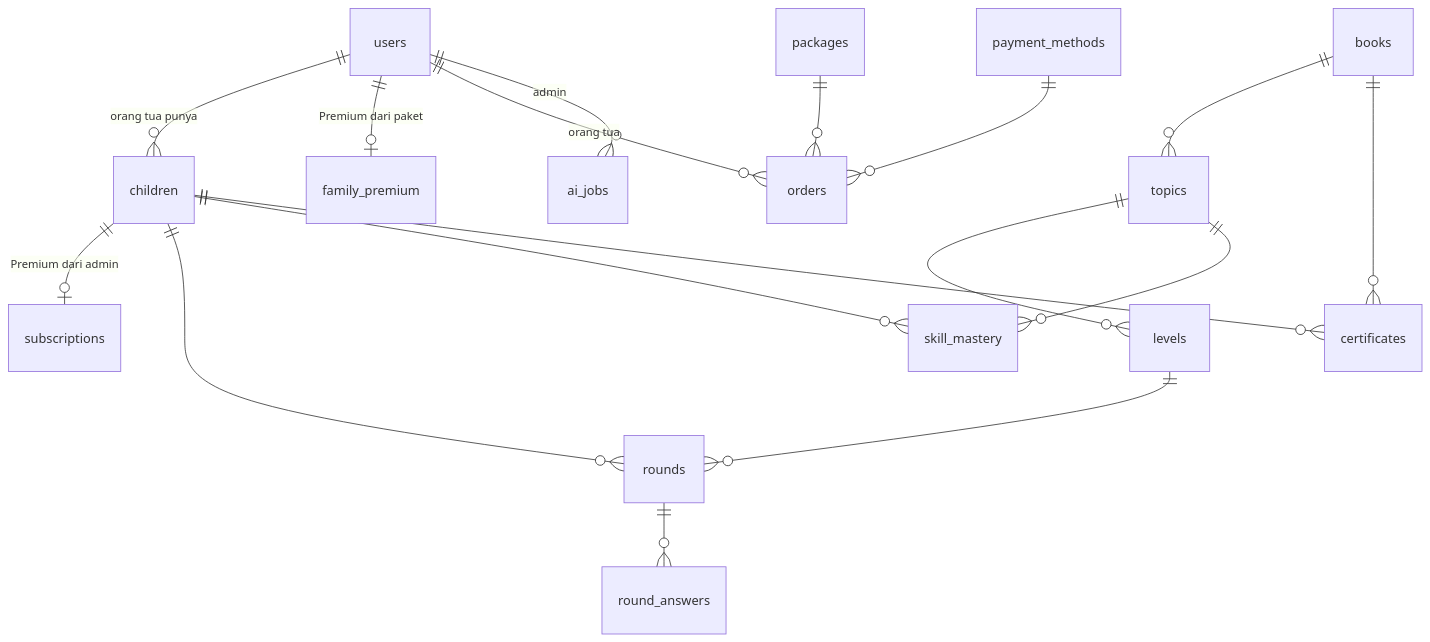
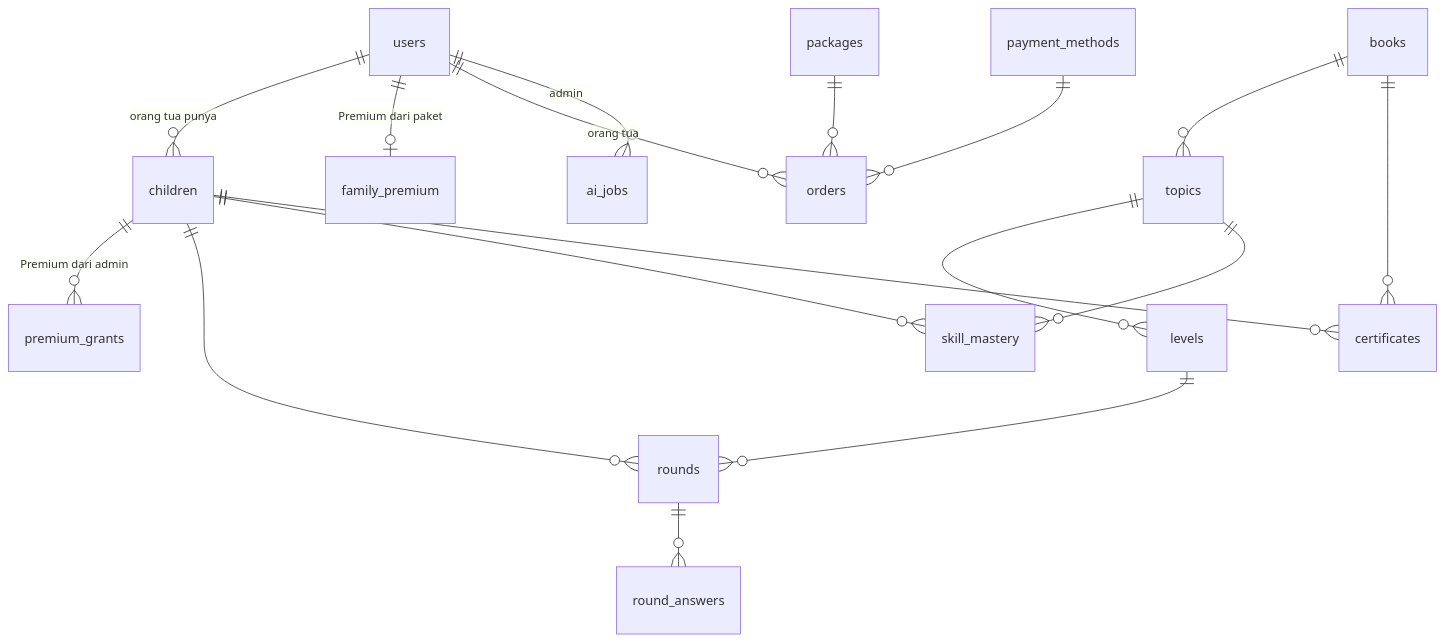
One commit to UDC-Intern/project1 changed the diagram in PRD.md. Above: the diagram before and after it, drawn with Mermaid. The commit also changed other lines of this file and 80 other files, not shown here.

````diff
--- a/PRD.md
+++ b/PRD.md
@@ -286,19 +343,19 @@
 ```mermaid
 erDiagram
   users ||--o{ children : "orang tua punya"
-  children ||--o| subscriptions : "Premium dari admin"
+  children ||--o{ premium_grants : "Premium dari admin"
   users ||--o| family_premium : "Premium dari paket"
   users ||--o{ orders : "orang tua"
   packages ||--o{ orders : ""
   payment_methods ||--o{ orders : ""
   books ||--o{ topics : ""
   topics ||--o{ levels : ""
   children ||--o{ rounds : ""
   levels ||--o{ rounds : ""
   rounds ||--o{ round_answers : ""
   children ||--o{ skill_mastery : ""
   topics ||--o{ skill_mastery : ""
   users ||--o{ ai_jobs : "admin"
   children ||--o{ certificates : ""
   books ||--o{ certificates : ""
 ```
````
